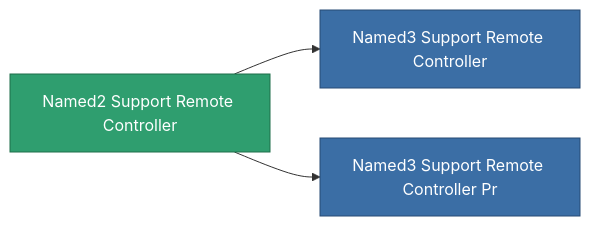
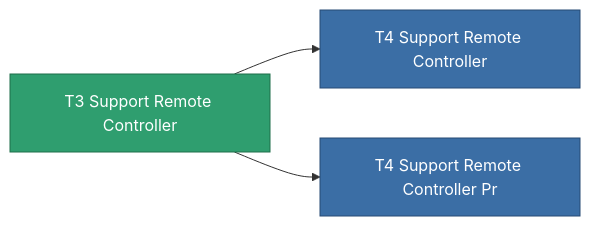
The diagram in content/content/items/named2_support_remote_controller.md (OpenPerpetuum/Wiki), drawn with Mermaid before and after one commit. The commit also changed other lines of this file and 4904 other files, not shown here.

````diff
--- a/content/content/items/named2_support_remote_controller.md
+++ b/content/content/items/named2_support_remote_controller.md
@@ -80,13 +60,13 @@
 ```mermaid
 graph LR
-    a["Named2 Support Remote Controller"]:::current
-    b["Named3 Support Remote Controller"]:::prod
+    a["T3 Support Remote Controller"]:::current
+    b["T4 Support Remote Controller"]:::prod
     a --> b
-    click b "/content/items/named3-support-remote-controller/" "Named3 Support Remote Controller"
-    c["Named3 Support Remote Controller Pr"]:::prod
+    click b "/content/items/named3-support-remote-controller/" "T4 Support Remote Controller"
+    c["T4 Support Remote Controller Pr"]:::prod
     a --> c
-    click c "/content/items/named3-support-remote-controller-pr/" "Named3 Support Remote Controller Pr"
+    click c "/content/items/named3-support-remote-controller-pr/" "T4 Support Remote Controller Pr"
     classDef current fill:#2f9e6f,stroke:#1f6f4a,color:#ffffff
     classDef prod fill:#3b6ea5,stroke:#274a75,color:#ffffff
     classDef more fill:#39445a,stroke:#54658a,color:#d5dbe8
 ```
````
